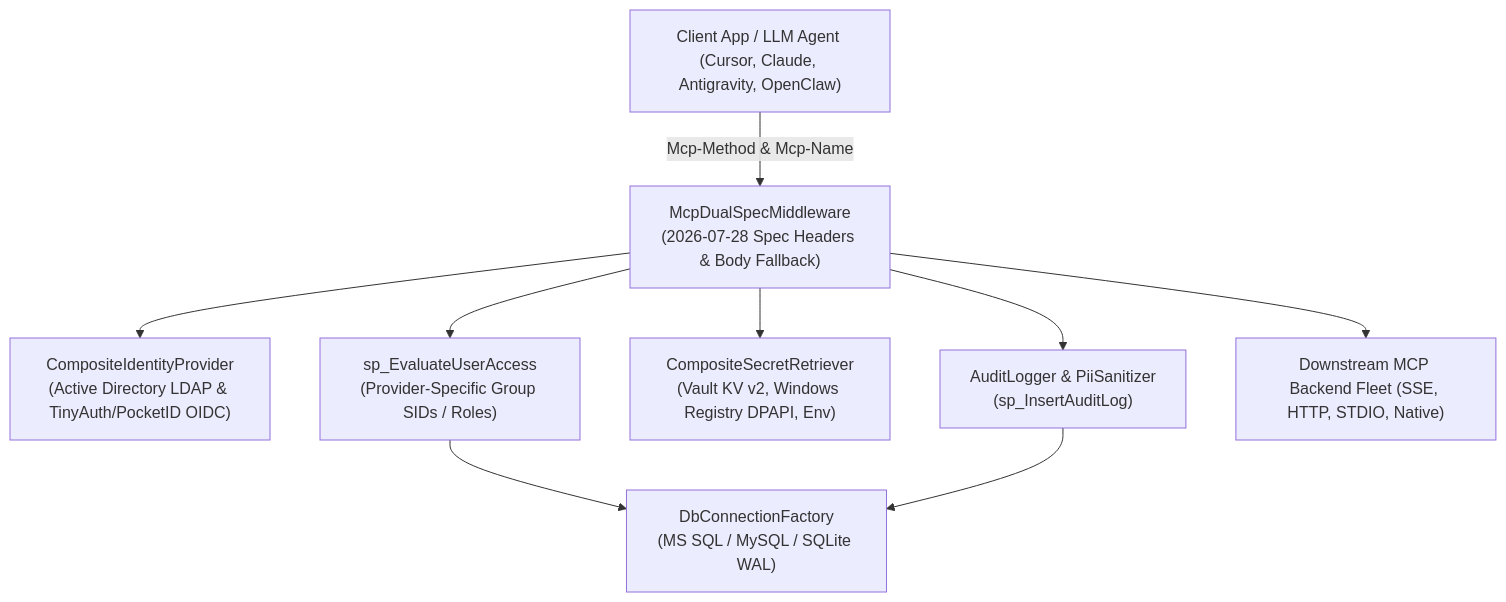
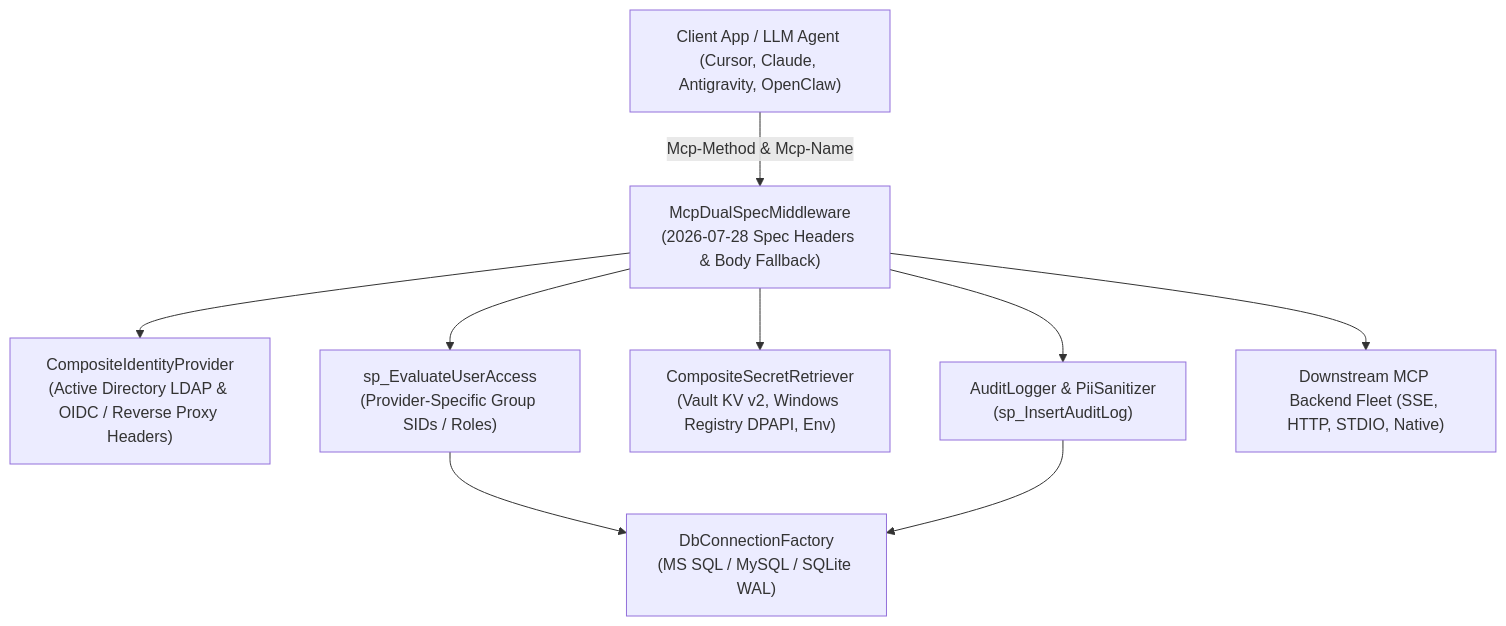
Before and after one commit to spelech/CSharp-MCP-Router: the first of 3 diagrams in ARCHITECTURE.md, drawn with Mermaid. The commit also changed 9 other files, not shown here.

Commit message:
docs(auth): genericize user guides and architecture identity references

````diff
--- a/ARCHITECTURE.md
+++ b/ARCHITECTURE.md
@@ -32,20 +32,20 @@
 ```mermaid
 graph TD
     Client["Client App / LLM Agent (Cursor, Claude, Antigravity, OpenClaw)"]
     Middleware["McpDualSpecMiddleware<br>(2026-07-28 Spec Headers & Body Fallback)"]
-    Identity["CompositeIdentityProvider<br>(Active Directory LDAP & TinyAuth/PocketID OIDC)"]
+    Identity["CompositeIdentityProvider<br>(Active Directory LDAP & OIDC / Reverse Proxy Headers)"]
     AuthEvaluator["sp_EvaluateUserAccess<br>(Provider-Specific Group SIDs / Roles)"]
     Secrets["CompositeSecretRetriever<br>(Vault KV v2, Windows Registry DPAPI, Env)"]
     Audit["AuditLogger & PiiSanitizer<br>(sp_InsertAuditLog)"]
     DbFactory["DbConnectionFactory<br>(MS SQL / MySQL / SQLite WAL)"]
     Downstream["Downstream MCP Backend Fleet (SSE, HTTP, STDIO, Native)"]
 
     Client -->|Mcp-Method & Mcp-Name| Middleware
     Middleware --> Identity
     Middleware --> AuthEvaluator
     AuthEvaluator --> DbFactory
     Middleware --> Secrets
     Middleware --> Downstream
     Middleware --> Audit
     Audit --> DbFactory
 ```
````
